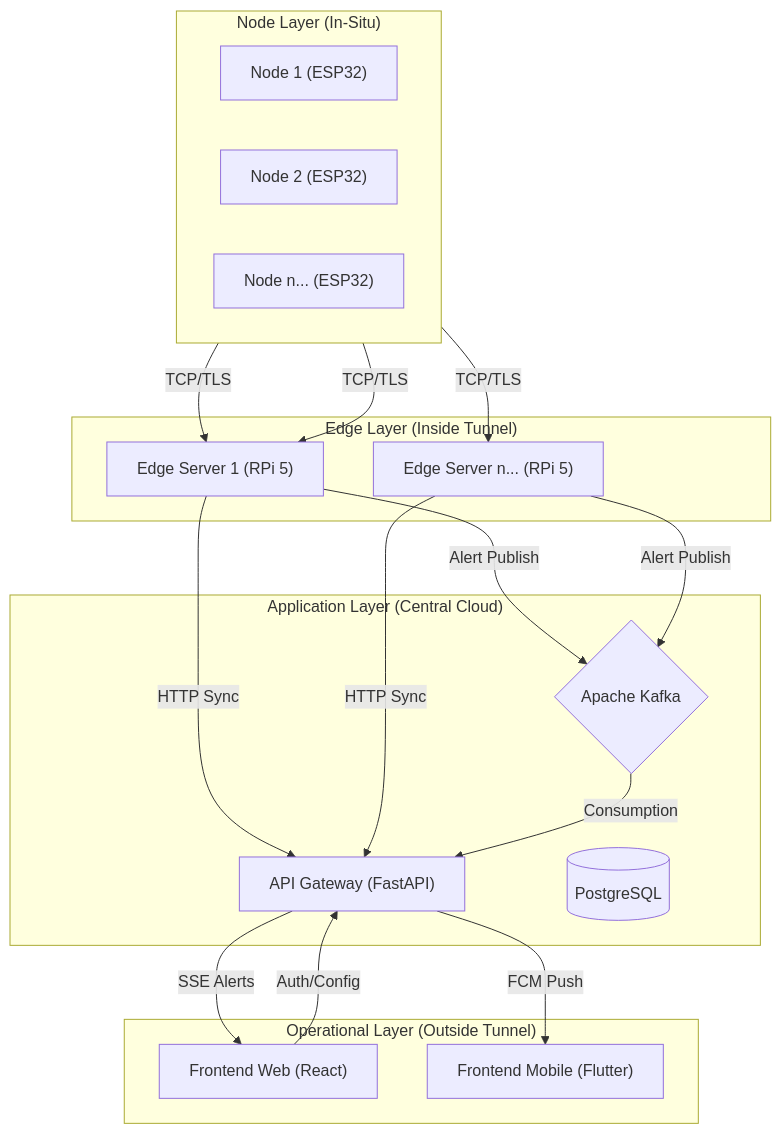
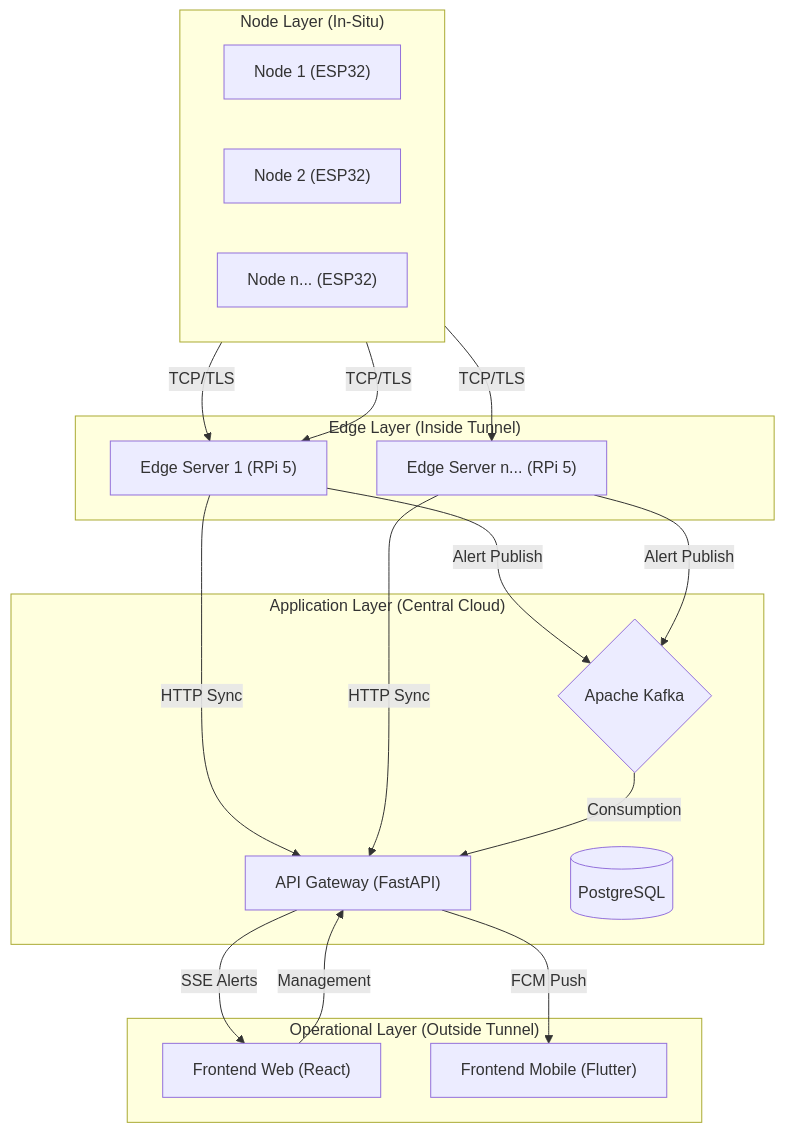
One commit to sam-harold/deepatmos-info changed the first of 5 diagrams in README.md. Above: the diagram before and after it, drawn with Mermaid.

````diff
--- a/README.md
+++ b/README.md
@@ -30,42 +30,42 @@
 ```mermaid
 graph TD
     subgraph "Operational Layer (Outside Tunnel)"
         Web["Frontend Web (React)"]
         Mobile["Frontend Mobile (Flutter)"]
     end
 
     subgraph "Application Layer (Central Cloud)"
         FastAPI["API Gateway (FastAPI)"]
         DB[(PostgreSQL)]
         Kafka{Apache Kafka}
     end
 
     subgraph "Edge Layer (Inside Tunnel)"
         RPi1["Edge Server 1 (RPi 5)"]
         RPi2["Edge Server n... (RPi 5)"]
     end
 
     subgraph "Node Layer (In-Situ)"
         direction LR
         ESP1["Node 1 (ESP32)"]
         ESP2["Node 2 (ESP32)"]
         ESP3["Node n... (ESP32)"]
     end
 
     %% Communication Flows
     ESP1 -- "TCP/TLS" --> RPi1
     ESP2 -- "TCP/TLS" --> RPi1
     ESP3 -- "TCP/TLS" --> RPi2
 
     RPi1 -- "HTTP Sync" --> FastAPI
     RPi2 -- "HTTP Sync" --> FastAPI
 
     RPi1 -- "Alert Publish" --> Kafka
     RPi2 -- "Alert Publish" --> Kafka
 
     Kafka -- "Consumption" --> FastAPI
 
     FastAPI -- "SSE Alerts" --> Web
     FastAPI -- "FCM Push" --> Mobile
-    Web -- "Auth/Config" --> FastAPI
+    Web -- "Management" --> FastAPI
 ```
````
